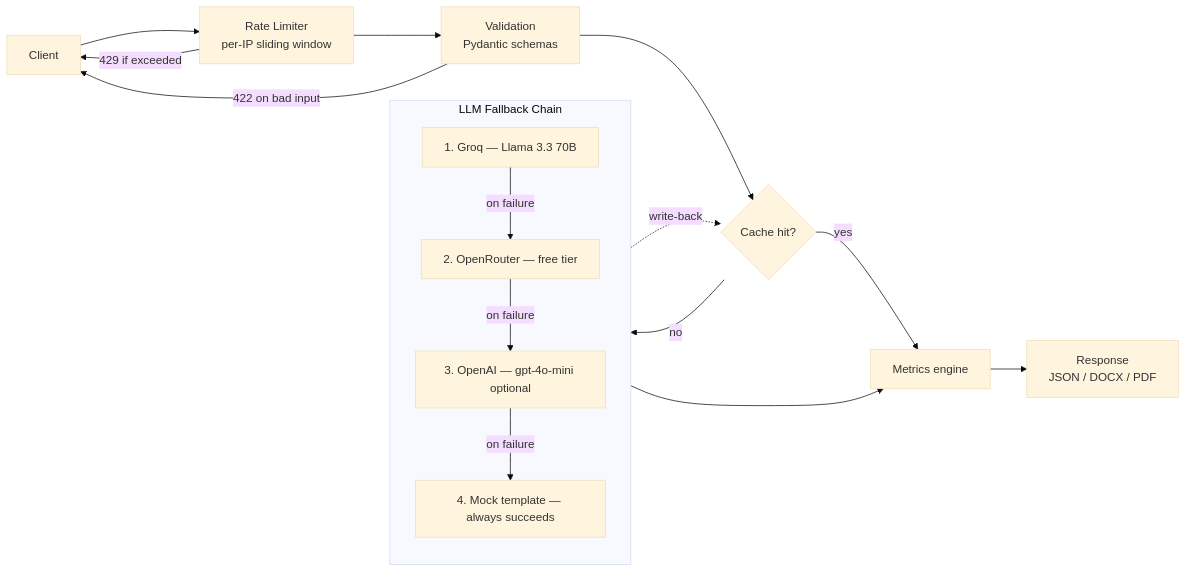
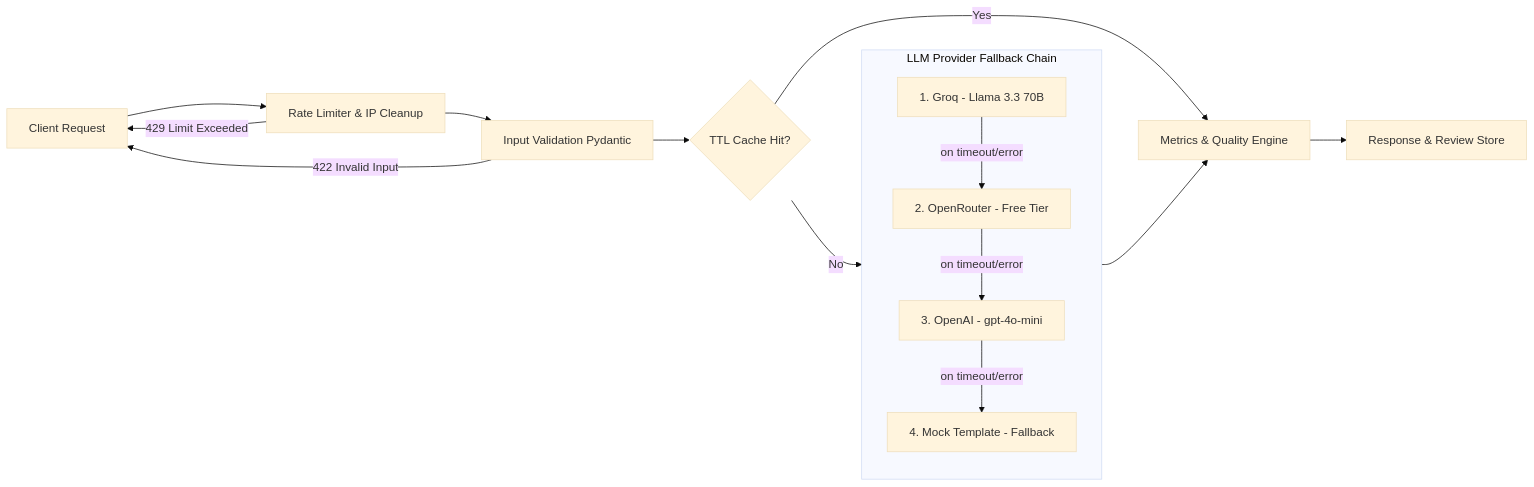
The diagram in README.md (Shweta-Mishra-ai/Healthy-Gut-AI), drawn with Mermaid (base theme) before and after one commit. The commit also changed other lines of this file and 14 other files, not shown here.

First line of the commit message:
feat(core): production readiness, native Devanagari Hindi prompts, rate limiter GC, and UI overhaul

````diff
--- a/README.md
+++ b/README.md
@@ -78,20 +48,19 @@
 ```mermaid
 flowchart LR
-    A[Client] --> B[Rate Limiter\nper-IP sliding window]
-    B -- 429 if exceeded --> A
-    B --> C[Validation\nPydantic schemas]
-    C -- 422 on bad input --> A
-    C --> D{Cache hit?}
-    D -- yes --> H[Metrics engine]
-    D -- no --> E[LLM Fallback Chain]
+    A[Client Request] --> B[Rate Limiter & IP Cleanup]
+    B -- 429 Limit Exceeded --> A
+    B --> C[Input Validation Pydantic]
+    C -- 422 Invalid Input --> A
+    C --> D{TTL Cache Hit?}
+    D -- Yes --> H[Metrics & Quality Engine]
+    D -- No --> E[LLM Provider Fallback Chain]
     E --> H
-    H --> I[Response\nJSON / DOCX / PDF]
-    E -.write-back.-> D
+    H --> I[Response & Review Store]
 
-    subgraph E[LLM Fallback Chain]
+    subgraph E[LLM Provider Fallback Chain]
         direction TB
-        E1[1. Groq — Llama 3.3 70B] -->|on failure| E2[2. OpenRouter — free tier]
-        E2 -->|on failure| E3[3. OpenAI — gpt-4o-mini optional]
-        E3 -->|on failure| E4[4. Mock template — always succeeds]
+        E1[1. Groq - Llama 3.3 70B] -->|on timeout/error| E2[2. OpenRouter - Free Tier]
+        E2 -->|on timeout/error| E3[3. OpenAI - gpt-4o-mini]
+        E3 -->|on timeout/error| E4[4. Mock Template - Fallback]
     end
 ```
````
